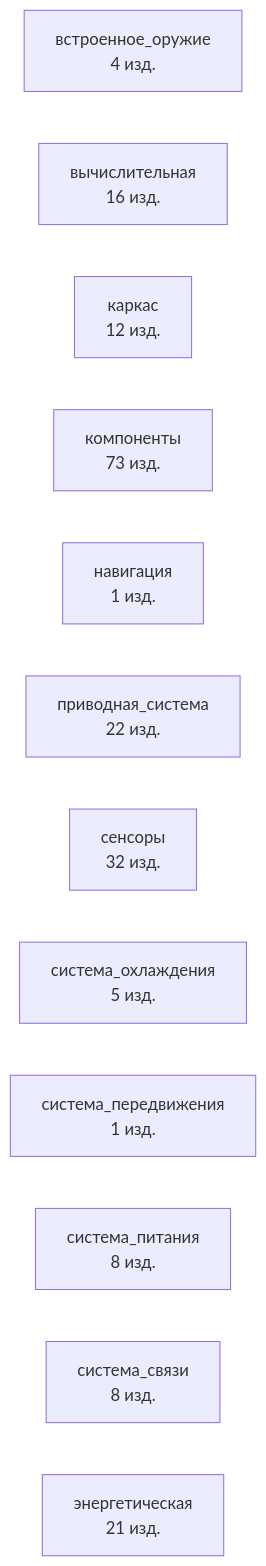
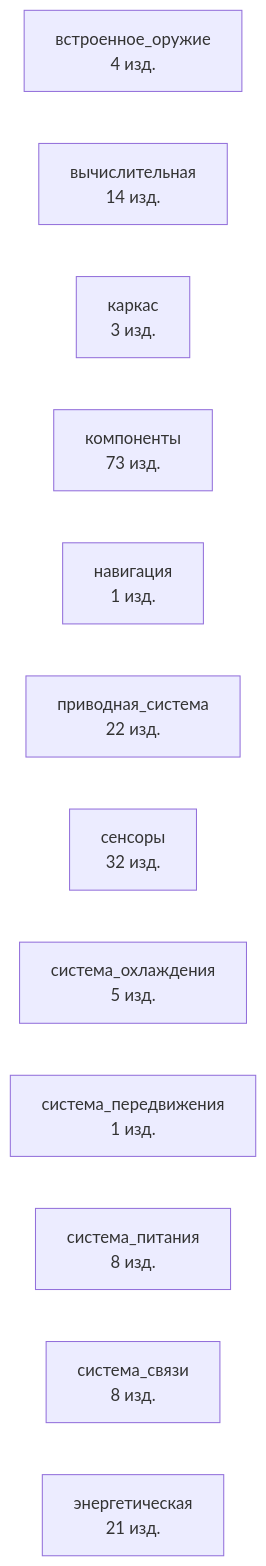
The diagram in graphs/mermaid/graph1_overview.md (a-m-e-n-t-e-t/SkyNet), drawn with Mermaid before and after one commit. The commit also changed other lines of this file and 53 other files, not shown here.

````diff
--- a/graphs/mermaid/graph1_overview.md
+++ b/graphs/mermaid/graph1_overview.md
@@ -3,15 +3,15 @@
 ```mermaid
 graph LR
     sub_встроенное_оружие[встроенное_оружие<br/>4 изд.]
-    sub_вычислительная[вычислительная<br/>16 изд.]
-    sub_каркас[каркас<br/>12 изд.]
+    sub_вычислительная[вычислительная<br/>14 изд.]
+    sub_каркас[каркас<br/>3 изд.]
     sub_компоненты[компоненты<br/>73 изд.]
     sub_навигация[навигация<br/>1 изд.]
     sub_приводная_система[приводная_система<br/>22 изд.]
     sub_сенсоры[сенсоры<br/>32 изд.]
     sub_система_охлаждения[система_охлаждения<br/>5 изд.]
     sub_система_передвижения[система_передвижения<br/>1 изд.]
     sub_система_питания[система_питания<br/>8 изд.]
     sub_система_связи[система_связи<br/>8 изд.]
     sub_энергетическая[энергетическая<br/>21 изд.]
 ```
````
